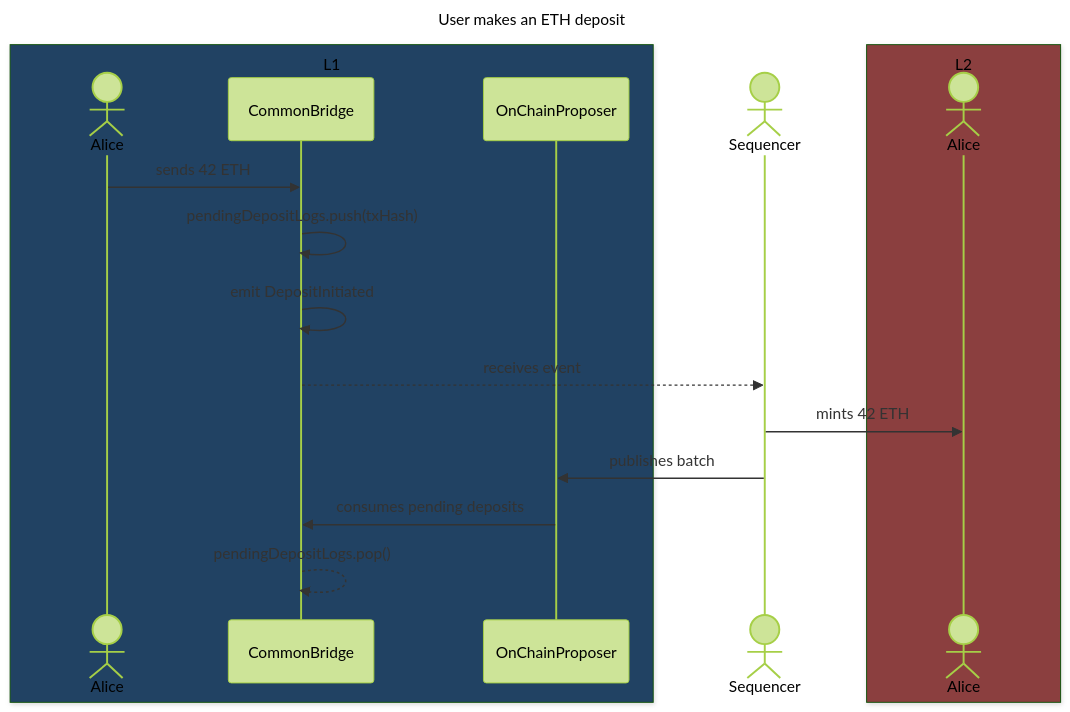
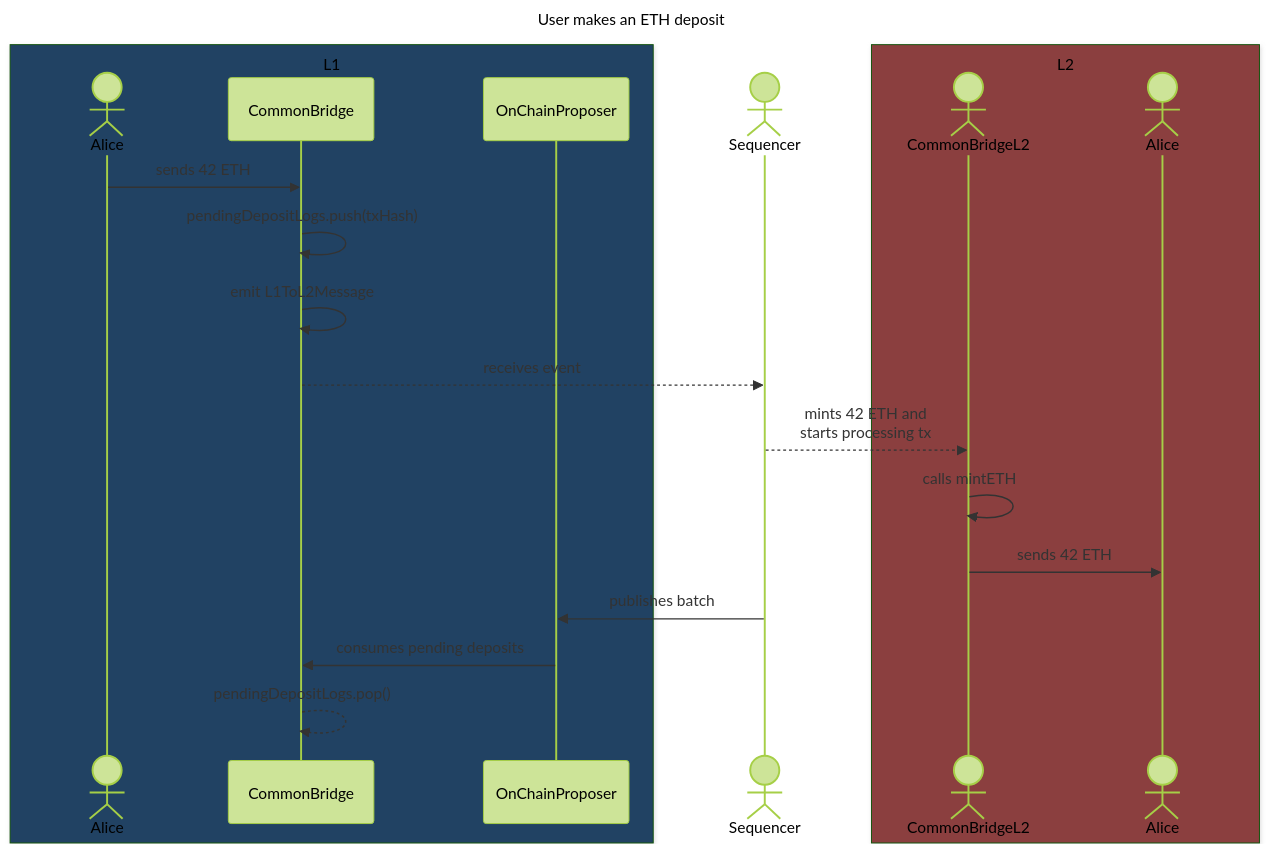
One commit to lambdaclass/ethrex changed the first of 3 diagrams in docs/l2/deposits.md. Above: the diagram before and after it, drawn with Mermaid (forest theme). The commit also changed other lines of this file, not shown here.

Commit message:
docs: update ETH deposits

````diff
--- a/docs/l2/deposits.md
+++ b/docs/l2/deposits.md
@@ -51,28 +52,31 @@
 ```mermaid
 ---
 title: User makes an ETH deposit
 ---
 sequenceDiagram
     box rgb(33,66,99) L1
         actor L1Alice as Alice
         participant CommonBridge
         participant OnChainProposer
     end
 
     actor Sequencer
 
     box rgb(139, 63, 63) L2
+        actor CommonBridgeL2
         actor L2Alice as Alice
     end
 
     L1Alice->>CommonBridge: sends 42 ETH
     CommonBridge->>CommonBridge: pendingDepositLogs.push(txHash)
-    CommonBridge->>CommonBridge: emit DepositInitiated
+    CommonBridge->>CommonBridge: emit L1ToL2Message
 
     CommonBridge-->>Sequencer: receives event
-    Sequencer->>L2Alice: mints 42 ETH
+    Sequencer-->>CommonBridgeL2: mints 42 ETH and<br>starts processing tx
+    CommonBridgeL2->>CommonBridgeL2: calls mintETH
+    CommonBridgeL2->>L2Alice: sends 42 ETH
 
     Sequencer->>OnChainProposer: publishes batch
     OnChainProposer->>CommonBridge: consumes pending deposits
     CommonBridge-->>CommonBridge: pendingDepositLogs.pop()
 ```
````
